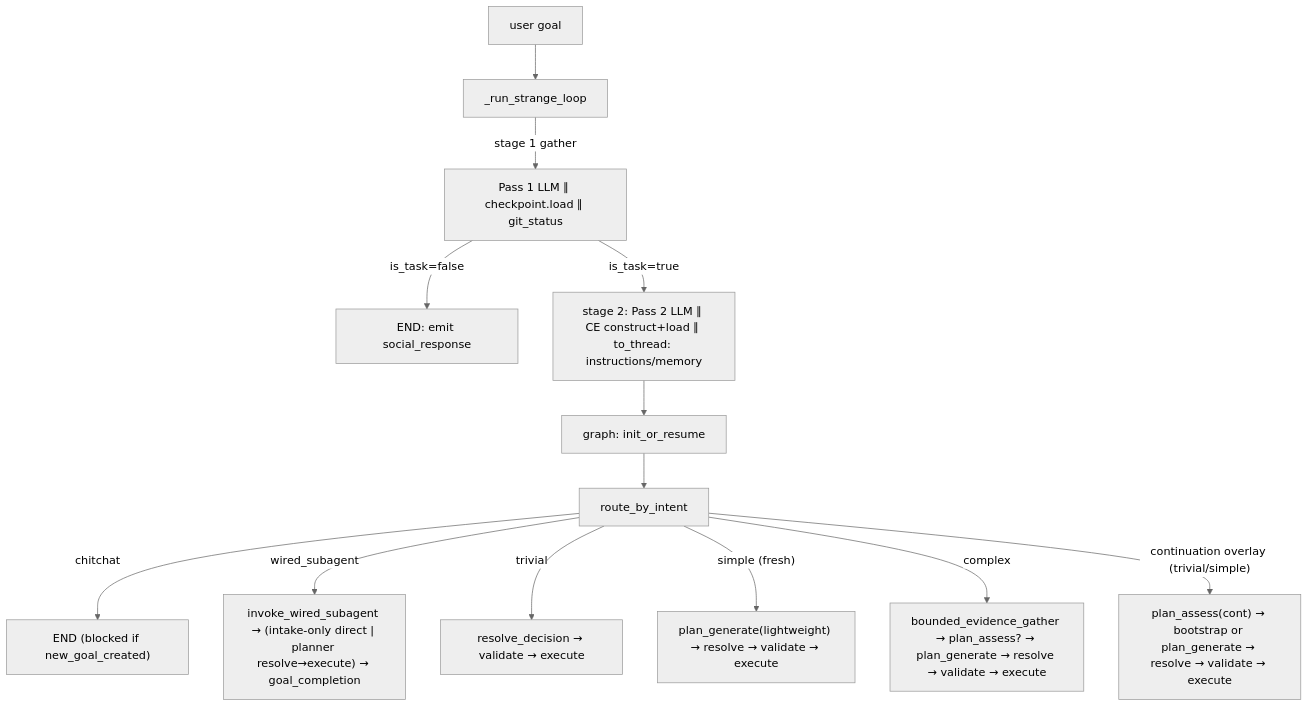
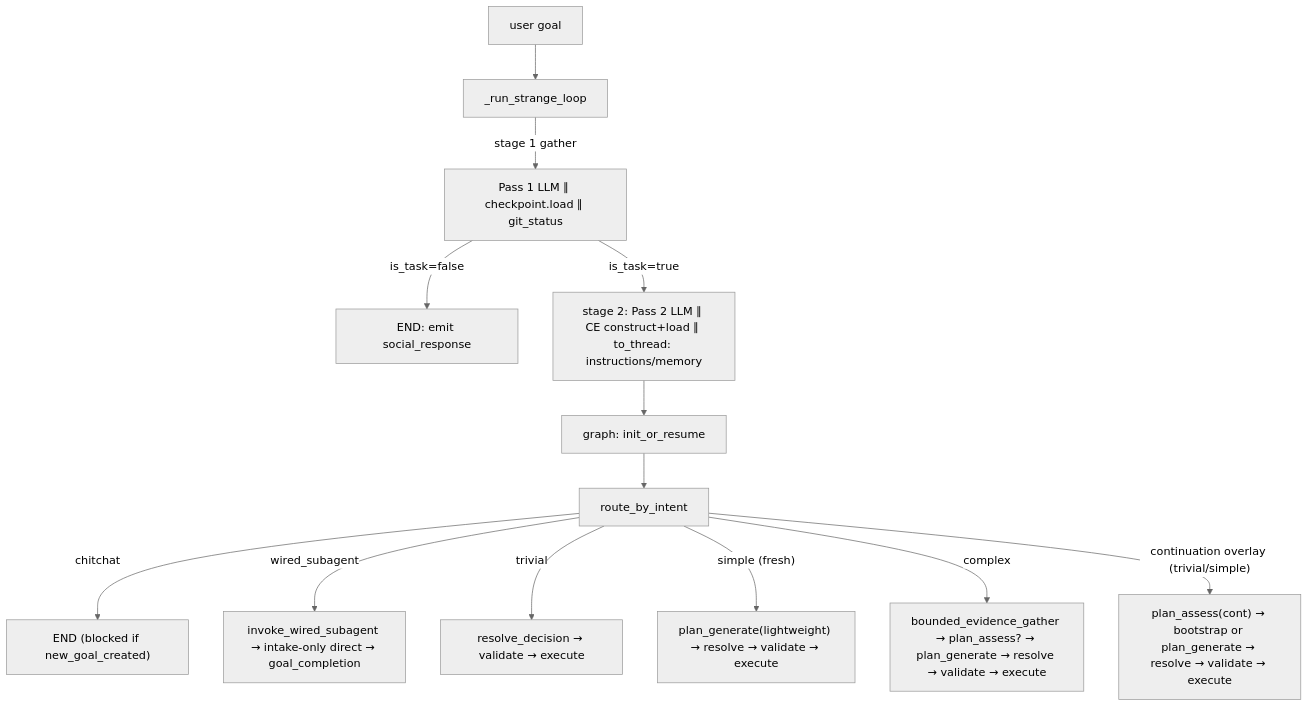
Before and after one commit to OpenSoothe/soothe: the diagram in docs/specs/RFC-630-start-phase-llm-intake-and-branch-routing.md, drawn with Mermaid (neutral theme). The commit also changed other lines of this file and 47 other files, not shown here.

First line of the commit message:
feat(sloop,tui,daemon): planner intake-only + card ledger live source-of-truth

````diff
--- a/docs/specs/RFC-630-start-phase-llm-intake-and-branch-routing.md
+++ b/docs/specs/RFC-630-start-phase-llm-intake-and-branch-routing.md
@@ -99,15 +99,15 @@
 ```mermaid
 graph TB
     Goal["user goal"] --> Runner["_run_strange_loop"]
     Runner -->|"stage 1 gather"| G1["Pass 1 LLM ∥ checkpoint.load ∥ git_status"]
     G1 -->|"is_task=false"| QuizEND["END: emit social_response"]
     G1 -->|"is_task=true"| G2["stage 2: Pass 2 LLM ∥ CE construct+load ∥ to_thread: instructions/memory"]
     G2 --> Graph["graph: init_or_resume"]
     Graph --> Route["route_by_intent"]
     Route -->|"chitchat"| END["END (blocked if new_goal_created)"]
-    Route -->|"wired_subagent"| Wired["invoke_wired_subagent → (intake-only direct | planner resolve→execute) → goal_completion"]
+    Route -->|"wired_subagent"| Wired["invoke_wired_subagent → intake-only direct → goal_completion"]
     Route -->|"trivial"| Trivial["resolve_decision → validate → execute"]
     Route -->|"simple (fresh)"| Simple["plan_generate(lightweight) → resolve → validate → execute"]
     Route -->|"complex"| Complex["bounded_evidence_gather → plan_assess? → plan_generate → resolve → validate → execute"]
     Route -->|"continuation overlay (trivial/simple)"| Cont["plan_assess(cont) → bootstrap or plan_generate → resolve → validate → execute"]
 ```
````
